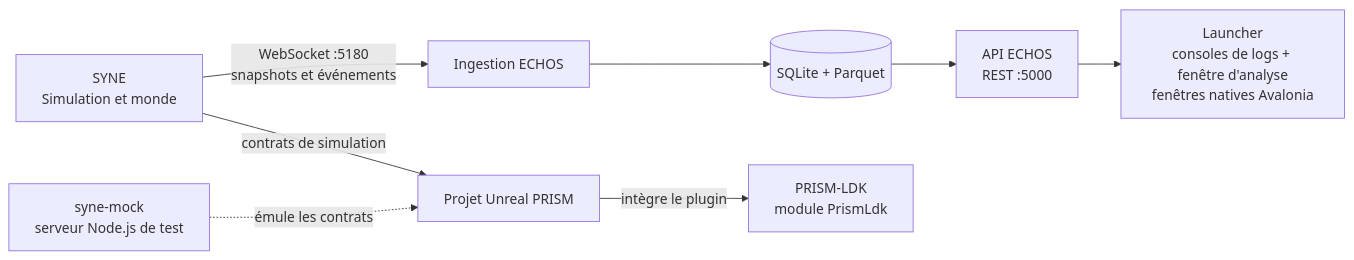
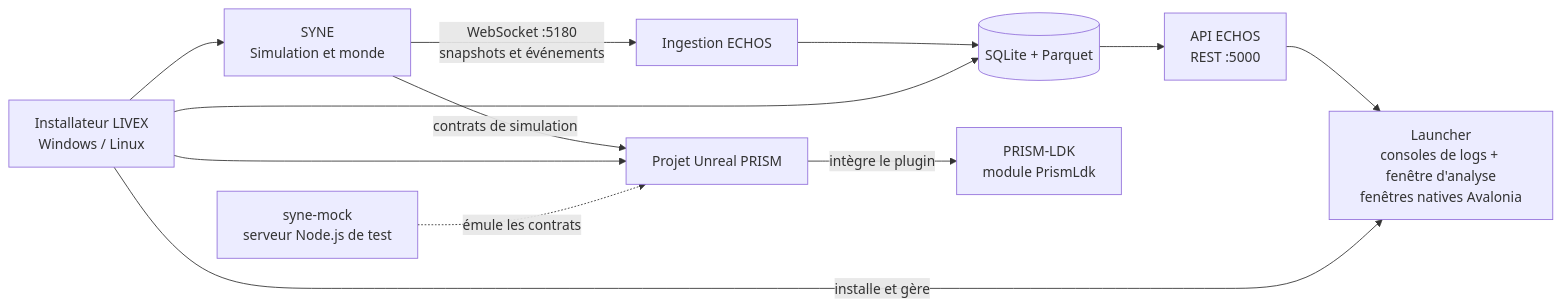
One commit to donovan-dev-web/LIVEX changed the diagram in README.md. Above: the diagram before and after it, drawn with Mermaid. The commit also changed other lines of this file and 74 other files, not shown here.

````diff
--- a/README.md
+++ b/README.md
@@ -72,10 +72,14 @@
 ```mermaid
 flowchart LR
     S[SYNE<br/>Simulation et monde] -->|WebSocket :5180<br/>snapshots et événements| I[Ingestion ECHOS]
     I --> D[(SQLite + Parquet)]
     D --> A[API ECHOS<br/>REST :5000]
     A --> U[Launcher<br/>consoles de logs + fenêtre d'analyse<br/>fenêtres natives Avalonia]
     S -->|contrats de simulation| P[Projet Unreal PRISM]
     P -->|intègre le plugin| L[PRISM-LDK<br/>module PrismLdk]
+    INSTALL[Installateur LIVEX<br/>Windows / Linux] -->|installe et gère| U
+    INSTALL --> S
+    INSTALL --> D
+    INSTALL --> P
     M[syne-mock<br/>serveur Node.js de test] -.->|émule les contrats| P
 ```
````
